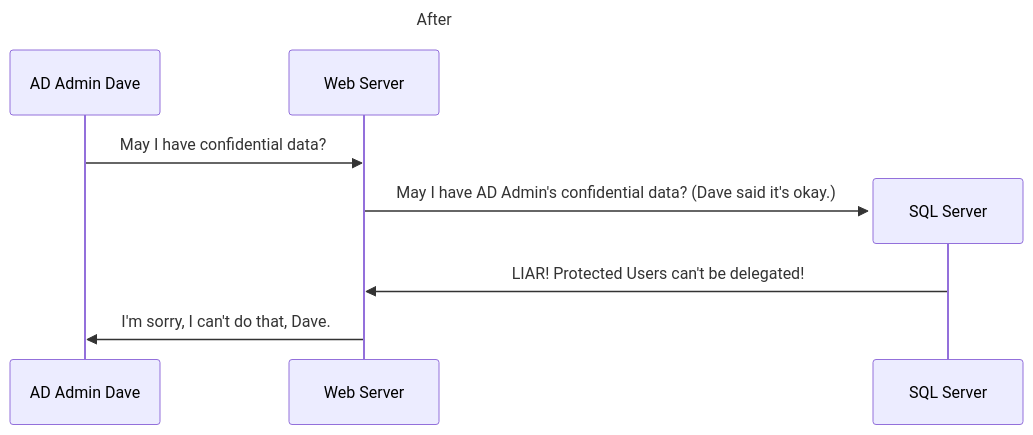
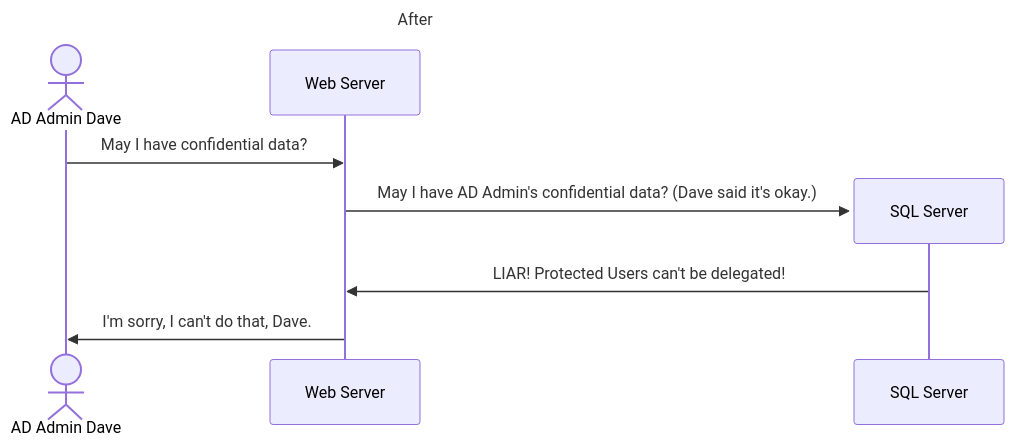
The second of 2 diagrams in diagrams/NoDelegation.md (TrimarcJake/pug-snippets), drawn with Mermaid before and after one commit. The commit also changed other lines of this file, not shown here.

Commit message:
Changed to Actor instead of Participant

````diff
--- a/diagrams/NoDelegation.md
+++ b/diagrams/NoDelegation.md
@@ -13,11 +14,12 @@
 ``` mermaid
 ---
 title: After
 ---
 sequenceDiagram
+  actor AD Admin Dave
   AD Admin Dave ->> Web Server: May I have confidential data?
   create participant SQL Server
   Web Server ->> SQL Server: May I have AD Admin's confidential data? (Dave said it's okay.)
   SQL Server ->> Web Server: LIAR! Protected Users can't be delegated!
   Web Server ->> AD Admin Dave: I'm sorry, I can't do that, Dave.
 ```
````
